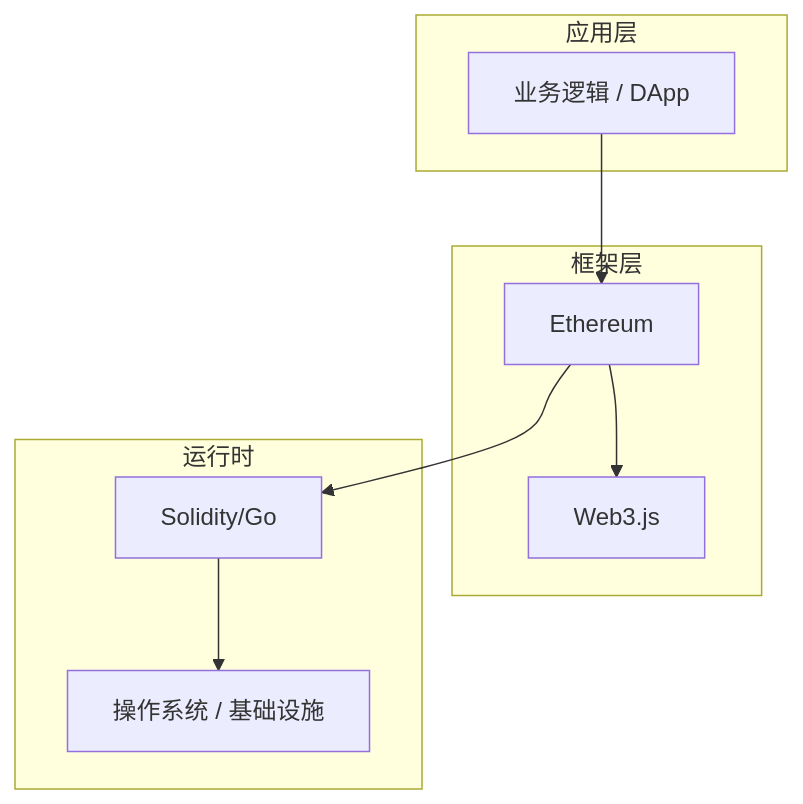
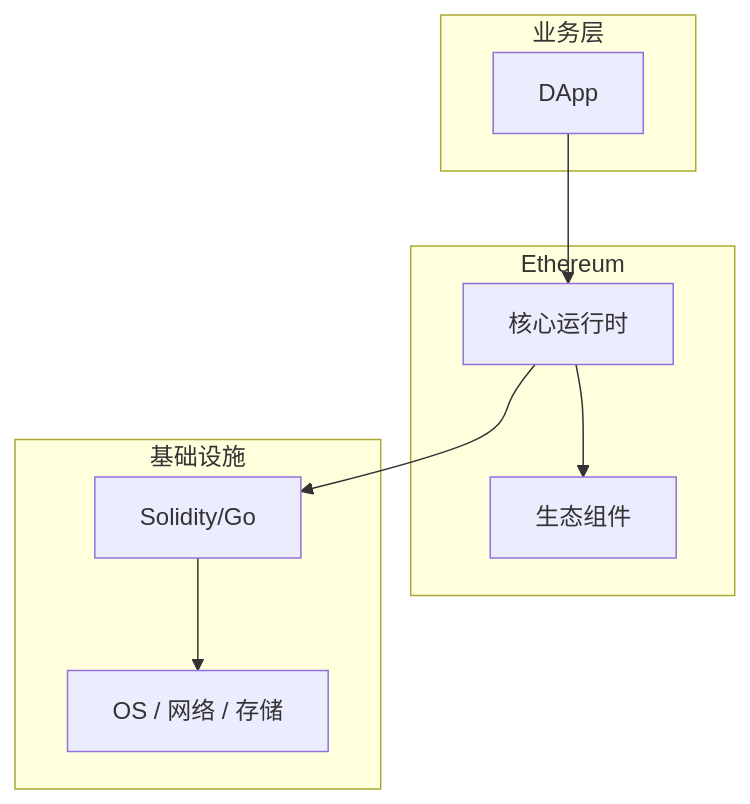
The diagram in articles/区块链/chapters/046-DApp核心概念与原理.md (yanggan2015/knowledge-json-v2), drawn with Mermaid before and after one commit. The commit also changed other lines of this file and 10127 other files, not shown here.

````diff
--- a/articles/区块链/chapters/046-DApp核心概念与原理.md
+++ b/articles/区块链/chapters/046-DApp核心概念与原理.md
@@ -45,18 +30,18 @@
 ```mermaid
 graph TB
-    subgraph 应用层
-        A[业务逻辑 / DApp]
+    subgraph 业务层
+        A[DApp]
     end
-    subgraph 框架层
-        B[Ethereum]
-        C[Web3.js]
+    subgraph Ethereum
+        B[核心运行时]
+        C[生态组件]
     end
-    subgraph 运行时
+    subgraph 基础设施
         D[Solidity/Go]
-        E[操作系统 / 基础设施]
+        E[OS / 网络 / 存储]
     end
     A --> B
     B --> C
     B --> D
     D --> E
 ```
````
